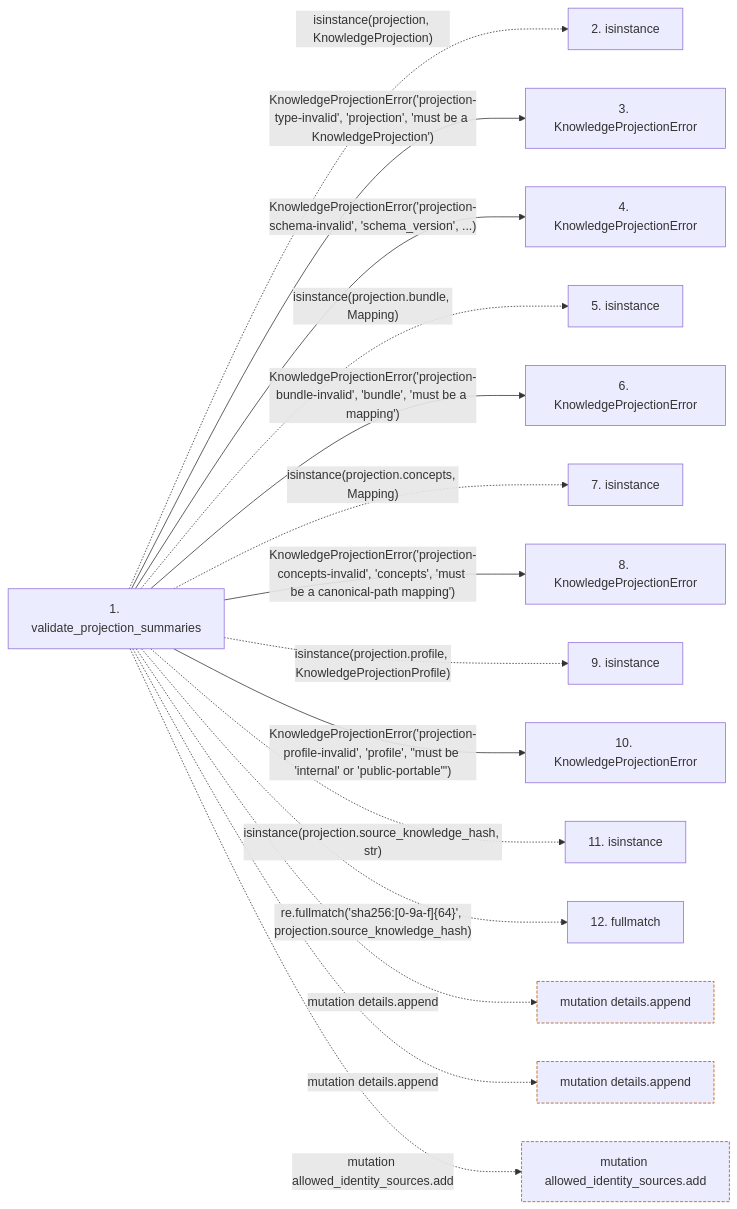
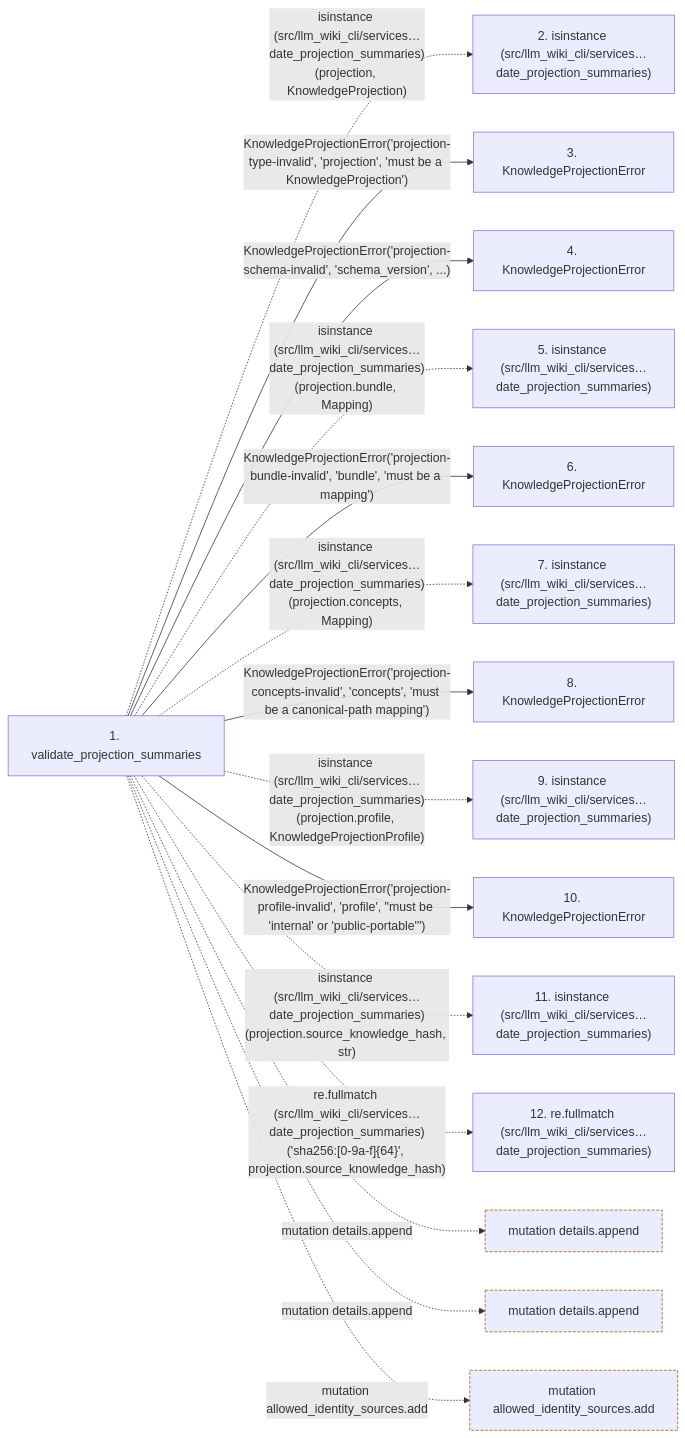
One commit to Denissvgn/python-wiki-llm changed the second of 2 diagrams in docs/llm_wiki/flows/api-validate_projection_summaries.md. Above: the diagram before and after it, drawn with Mermaid. The commit also changed other lines of this file and 719 other files, not shown here.

````diff
--- a/docs/llm_wiki/flows/api-validate_projection_summaries.md
+++ b/docs/llm_wiki/flows/api-validate_projection_summaries.md
@@ -71,42 +75,42 @@
 ```mermaid
 flowchart LR
     s1["1. validate_projection_summaries"]
-    s2["2. isinstance"]
+    s2["2. isinstance (src/llm_wiki_cli/services…date_projection_summaries)"]
     s3["3. KnowledgeProjectionError"]
     s4["4. KnowledgeProjectionError"]
-    s5["5. isinstance"]
+    s5["5. isinstance (src/llm_wiki_cli/services…date_projection_summaries)"]
     s6["6. KnowledgeProjectionError"]
-    s7["7. isinstance"]
+    s7["7. isinstance (src/llm_wiki_cli/services…date_projection_summaries)"]
     s8["8. KnowledgeProjectionError"]
-    s9["9. isinstance"]
+    s9["9. isinstance (src/llm_wiki_cli/services…date_projection_summaries)"]
     s10["10. KnowledgeProjectionError"]
-    s11["11. isinstance"]
-    s12["12. fullmatch"]
-    s1 -. "isinstance(projection, KnowledgeProjection)" .-> s2
+    s11["11. isinstance (src/llm_wiki_cli/services…date_projection_summaries)"]
+    s12["12. re.fullmatch (src/llm_wiki_cli/services…date_projection_summaries)"]
+    s1 -. "isinstance (src/llm_wiki_cli/services…date_projection_summaries)(projection, KnowledgeProjection)" .-> s2
     s1 -->|"KnowledgeProjectionError('projection-type-invalid', 'projection', 'must be a KnowledgeProjection')"| s3
     s1 -->|"KnowledgeProjectionError('projection-schema-invalid', 'schema_version', ...)"| s4
-    s1 -. "isinstance(projection.bundle, Mapping)" .-> s5
+    s1 -. "isinstance (src/llm_wiki_cli/services…date_projection_summaries)(projection.bundle, Mapping)" .-> s5
     s1 -->|"KnowledgeProjectionError('projection-bundle-invalid', 'bundle', 'must be a mapping')"| s6
-    s1 -. "isinstance(projection.concepts, Mapping)" .-> s7
+    s1 -. "isinstance (src/llm_wiki_cli/services…date_projection_summaries)(projection.concepts, Mapping)" .-> s7
     s1 -->|"KnowledgeProjectionError('projection-concepts-invalid', 'concepts', 'must be a canonical-path mapping')"| s8
-    s1 -. "isinstance(projection.profile, KnowledgeProjectionProfile)" .-> s9
+    s1 -. "isinstance (src/llm_wiki_cli/services…date_projection_summaries)(projection.profile, KnowledgeProjectionProfile)" .-> s9
     s1 -->|"KnowledgeProjectionError('projection-profile-invalid', 'profile', #34;must be 'internal' or 'public-portable'#34;)"| s10
-    s1 -. "isinstance(projection.source_knowledge_hash, str)" .-> s11
-    s1 -. "re.fullmatch('sha256:[0-9a-f]{64}', projection.source_knowledge_hash)" .-> s12
+    s1 -. "isinstance (src/llm_wiki_cli/services…date_projection_summaries)(projection.source_knowledge_hash, str)" .-> s11
+    s1 -. "re.fullmatch (src/llm_wiki_cli/services…date_projection_summaries)('sha256:[0-9a-f]{64}', projection.source_knowledge_hash)" .-> s12
     b0["mutation details.append"]
     s1 -. "mutation details.append" .-> b0
     b1["mutation details.append"]
     s1 -. "mutation details.append" .-> b1
     b2["mutation allowed_identity_sources.add"]
     s1 -. "mutation allowed_identity_sources.add" .-> b2
     click s1 "../modules/knowledge_projection.md"
     click s3 "../modules/knowledge_projection.md"
     click s4 "../modules/knowledge_projection.md"
     click s6 "../modules/knowledge_projection.md"
     click s8 "../modules/knowledge_projection.md"
     click s10 "../modules/knowledge_projection.md"
     classDef boundary stroke:#b45309,stroke-dasharray: 4 2
     class b0 boundary
     class b1 boundary
     class b2 boundary
 ```
````
